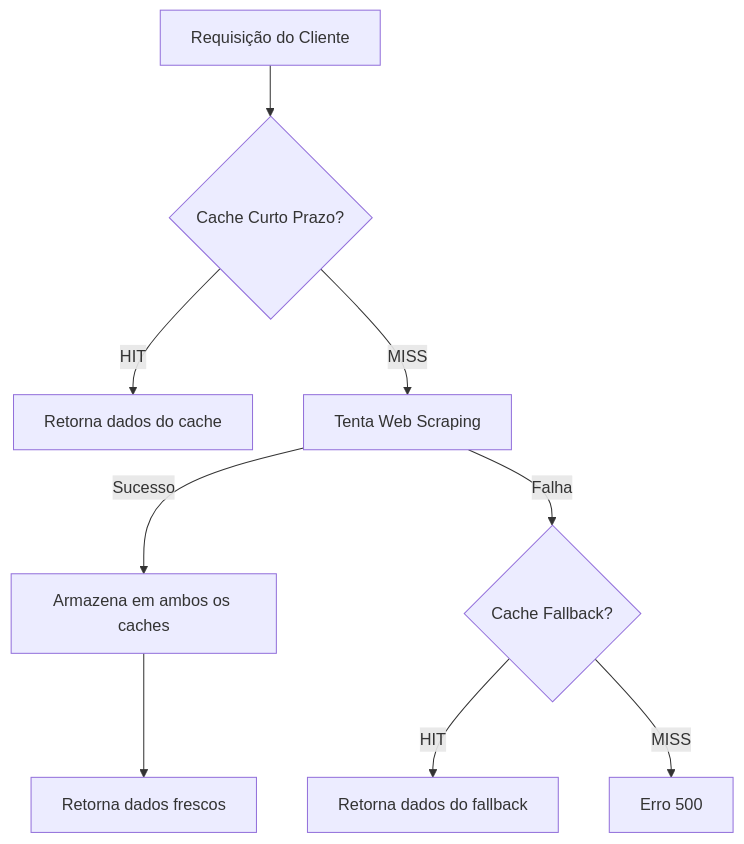
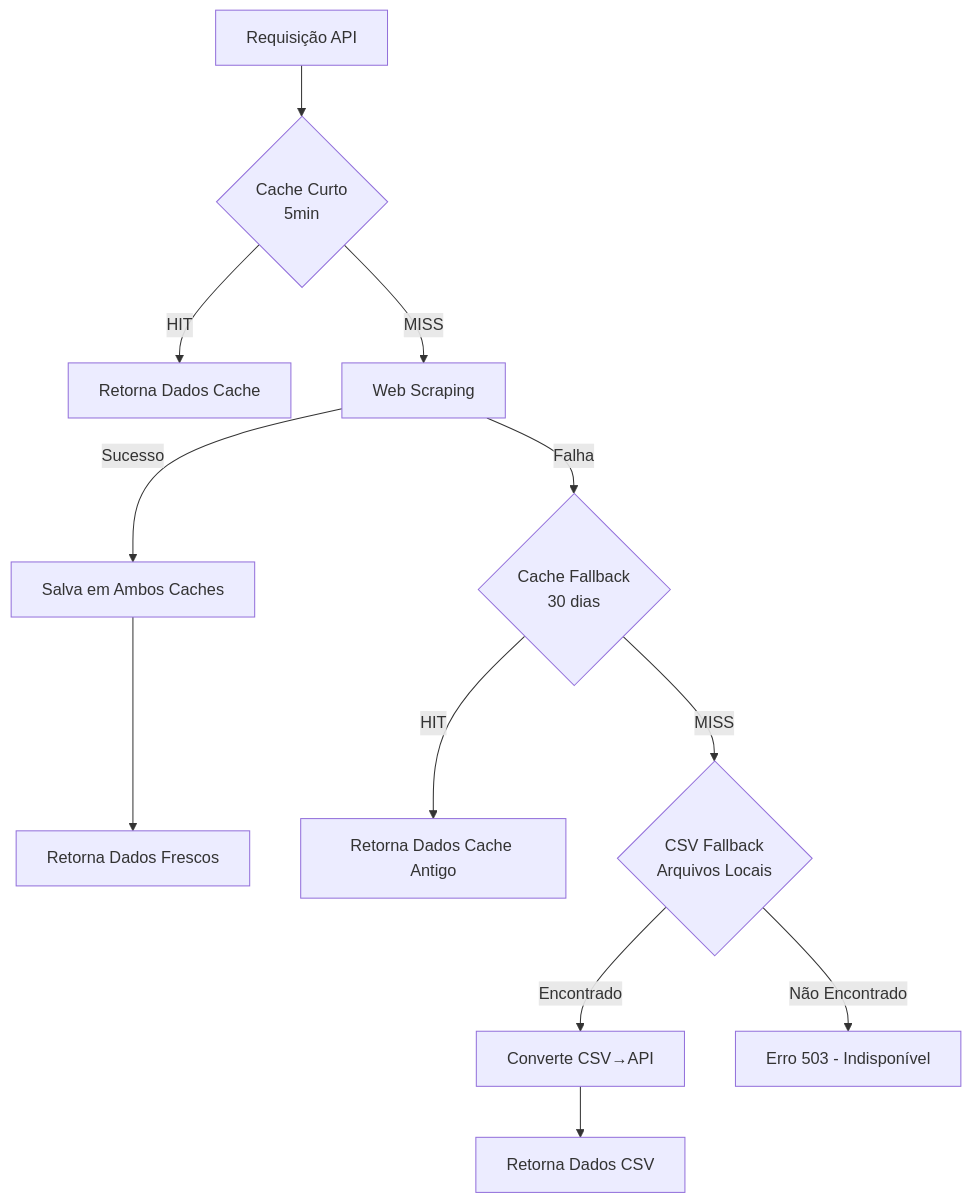
Before and after one commit to rodrigozanel/fiap_5mlet_tcm1_grp5: the diagram in README.md, drawn with Mermaid. The commit also changed other lines of this file and 18 other files, not shown here.

````diff
--- a/README.md
+++ b/README.md
@@ -427,11 +431,14 @@
 ```mermaid
 graph TD
-    A[Requisição do Cliente] --> B{Cache Curto Prazo?}
-    B -->|HIT| C[Retorna dados do cache]
-    B -->|MISS| D[Tenta Web Scraping]
-    D -->|Sucesso| E[Armazena em ambos os caches]
-    D -->|Falha| F{Cache Fallback?}
-    F -->|HIT| G[Retorna dados do fallback]
-    F -->|MISS| H[Erro 500]
-    E --> I[Retorna dados frescos]
+    A[Requisição API] --> B{Cache Curto<br/>5min}
+    B -->|HIT| C[Retorna Dados Cache]
+    B -->|MISS| D[Web Scraping]
+    D -->|Sucesso| E[Salva em Ambos Caches]
+    E --> F[Retorna Dados Frescos]
+    D -->|Falha| G{Cache Fallback<br/>30 dias}
+    G -->|HIT| H[Retorna Dados Cache Antigo]
+    G -->|MISS| I{CSV Fallback<br/>Arquivos Locais}
+    I -->|Encontrado| J[Converte CSV→API]
+    J --> K[Retorna Dados CSV]
+    I -->|Não Encontrado| L[Erro 503 - Indisponível]
 ```
````
